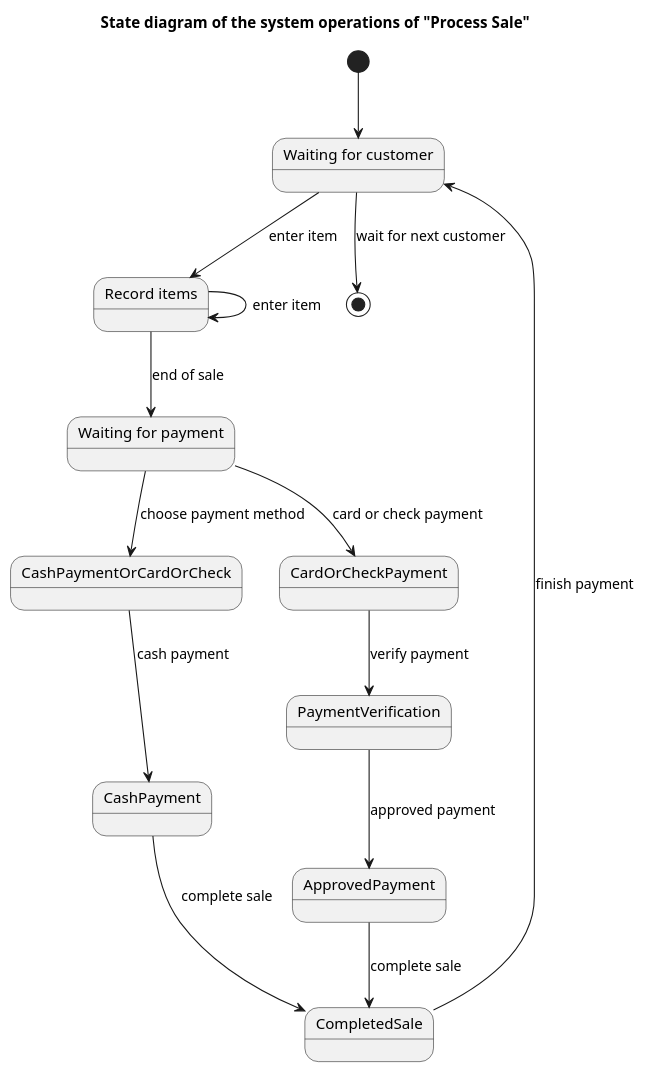
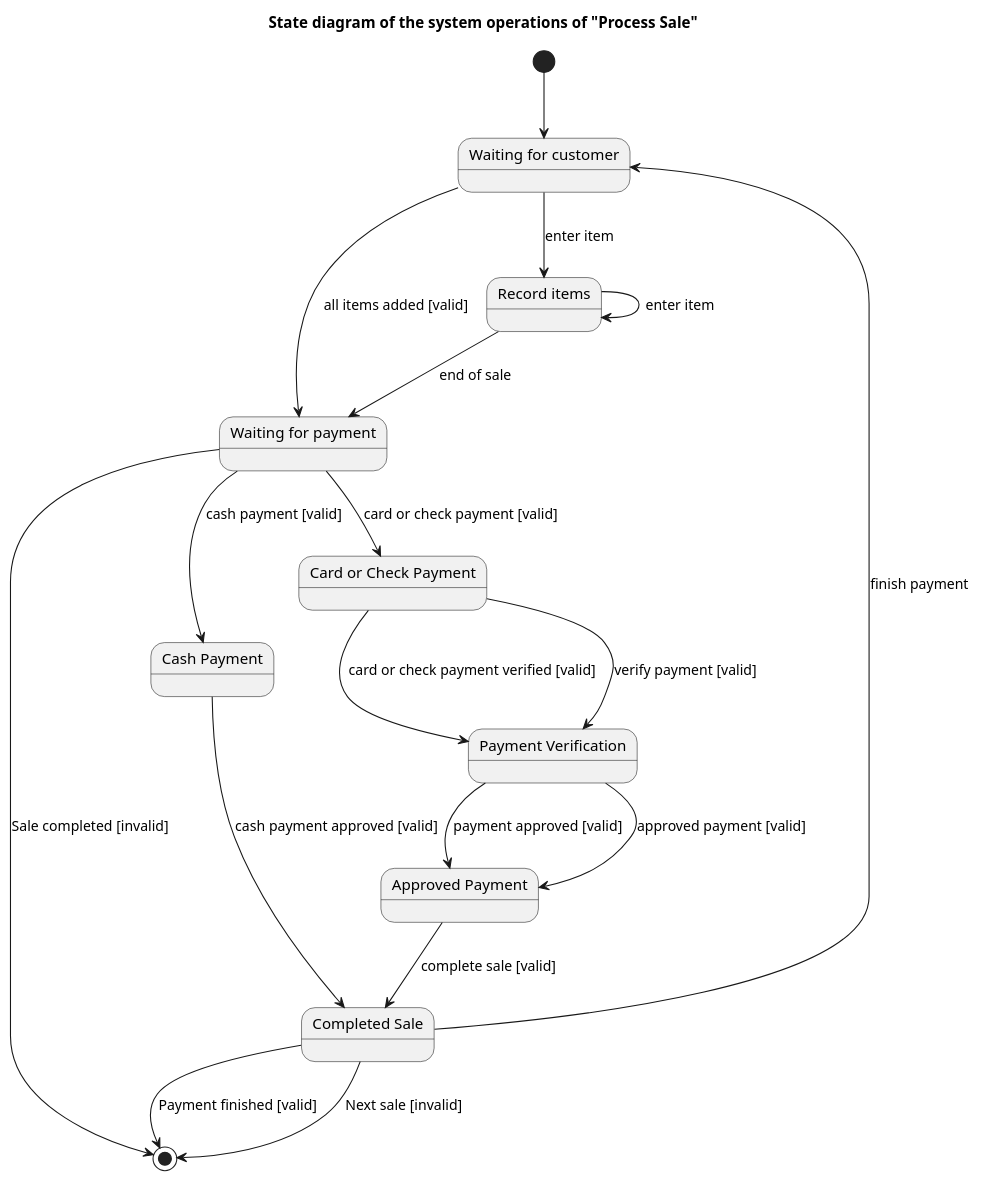
Before and after one commit to maimunafaria/State_transition_Diagram_generated_by_LLM: the diagram in results/plantuml_pipeline_run3/runs/open_source__mistral__rag_validation_generator_critic_repair/case_51_process_sale/run_01.repair_02.puml, drawn with PlantUML. The commit also changed 814 other files, not shown here.

```diff
--- a/results/plantuml_pipeline_run3/runs/open_source__mistral__rag_validation_generator_critic_repair/case_51_process_sale/run_01.repair_02.puml
+++ b/results/plantuml_pipeline_run3/runs/open_source__mistral__rag_validation_generator_critic_repair/case_51_process_sale/run_01.repair_02.puml
@@ -1,26 +1,33 @@
 @startuml
 title State diagram of the system operations of "Process Sale"
 
 [*] --> WaitingCustomer
 
 state "Waiting for customer" as WaitingCustomer
 state "Record items" as RecordItems
 state "Waiting for payment" as WaitingPayment
+state "Cash Payment" as CashPayment
+state "Card or Check Payment" as CardOrCheckPayment
+state "Payment Verification" as PaymentVerification
+state "Approved Payment" as ApprovedPayment
+state "Completed Sale" as CompletedSale
 
 WaitingCustomer --> RecordItems : enter item
 RecordItems --> RecordItems : enter item
 RecordItems --> WaitingPayment : end of sale
+WaitingPayment --> CashPayment : cash payment [valid]
+WaitingPayment --> CardOrCheckPayment : card or check payment [valid]
+CardOrCheckPayment --> PaymentVerification : verify payment [valid]
+PaymentVerification --> ApprovedPayment : approved payment [valid]
+ApprovedPayment --> CompletedSale : complete sale [valid]
+CompletedSale --> WaitingCustomer : finish payment
+CashPayment --> CompletedSale : cash payment approved [valid]
+CardOrCheckPayment --> PaymentVerification : card or check payment verified [valid]
+PaymentVerification --> ApprovedPayment : payment approved [valid]
 
-WaitingPayment --> CashPaymentOrCardOrCheck : choose payment method
-CashPaymentOrCardOrCheck --> CashPayment : cash payment
-CashPayment --> CompletedSale : complete sale
-CompletedSale --> WaitingCustomer : finish payment
+WaitingPayment --> [*] : Sale completed [invalid]
+CompletedSale --> [*] : Next sale [invalid]
 
-WaitingPayment --> CardOrCheckPayment : card or check payment
-CardOrCheckPayment --> PaymentVerification : verify payment
-PaymentVerification --> ApprovedPayment : approved payment
-ApprovedPayment --> CompletedSale : complete sale
-
-WaitingCustomer --> [*] : wait for next customer
-
+WaitingCustomer --> WaitingPayment : all items added [valid]
+CompletedSale --> [*] : Payment finished [valid]
 @enduml
```
